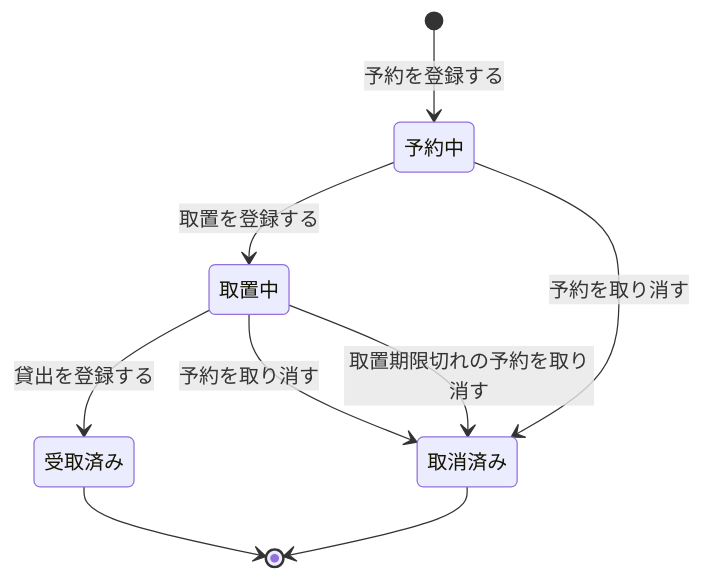
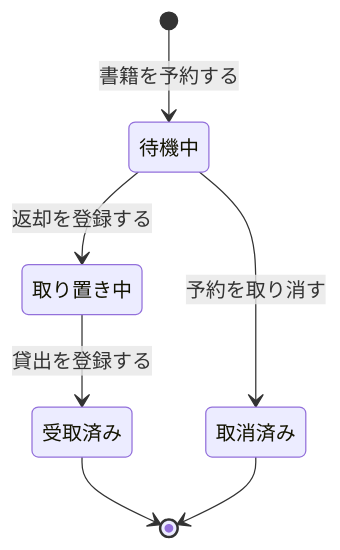
The third of 4 diagrams in samples/distillery2/library-loan/docs/requirements/rdra/views/06_状態モデル.md (suwa-sh/suwa-sh-claude-plugins), drawn with Mermaid before and after one commit. The commit also changed other lines of this file and 249 other files, not shown here.

````diff
--- a/samples/distillery2/library-loan/docs/requirements/rdra/views/06_状態モデル.md
+++ b/samples/distillery2/library-loan/docs/requirements/rdra/views/06_状態モデル.md
@@ -62,15 +58,13 @@
 ```mermaid
 stateDiagram-v2
-  s1 : 予約中
-  s2 : 取置中
+  s1 : 待機中
+  s2 : 取り置き中
   s3 : 取消済み
   s4 : 受取済み
-  [*] --> s1 : 予約を登録する
-  s1 --> s2 : 取置を登録する
+  [*] --> s1 : 書籍を予約する
+  s1 --> s2 : 返却を登録する
   s1 --> s3 : 予約を取り消す
   s2 --> s4 : 貸出を登録する
-  s2 --> s3 : 予約を取り消す
-  s2 --> s3 : 取置期限切れの予約を取り消す
   s4 --> [*]
   s3 --> [*]
 ```
````
